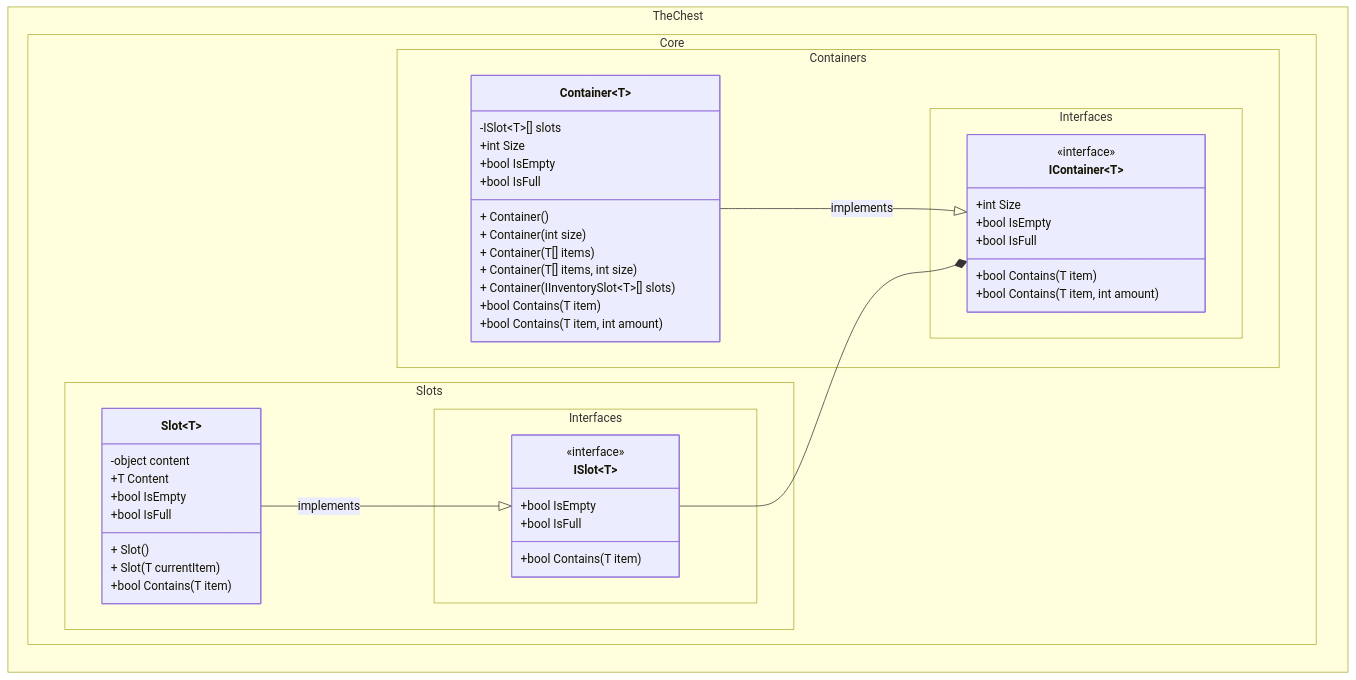
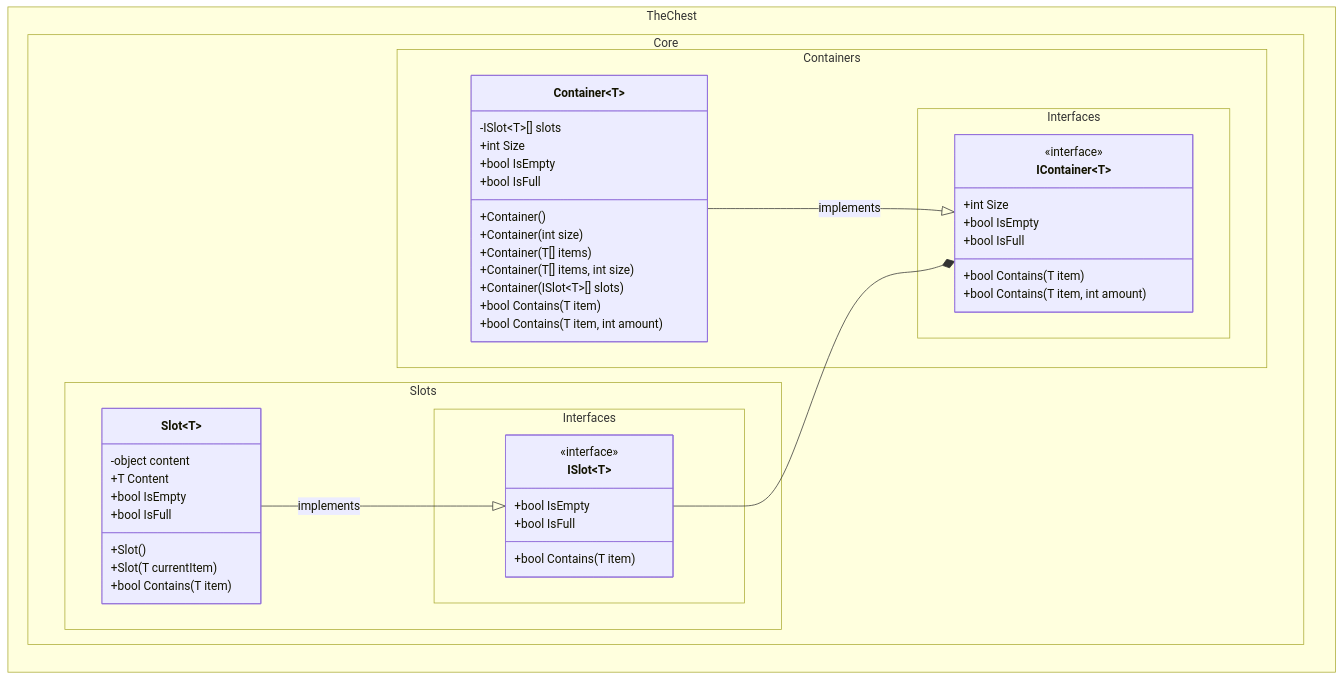
One commit to The-Chest/TheChest.Core changed the first of 3 diagrams in docs/class_diagram.md. Above: the diagram before and after it, drawn with Mermaid. The commit also changed other lines of this file and 1 other file, not shown here.

Commit message:
Adds StackContainer containers

````diff
--- a/docs/class_diagram.md
+++ b/docs/class_diagram.md
@@ -9,66 +9,66 @@
 ```mermaid
 ---
 config:
   theme: mc
   look: classic
   class:
     hideEmptyMembersBox: true
 ---
 classDiagram
 direction BT
 	namespace TheChest.Core.Containers.Interfaces {
         class IContainer~T~ {
 	        +int Size
 	        +bool IsEmpty
 	        +bool IsFull
 	        +bool Contains(T item)
 			+bool Contains(T item, int amount)
         }
 	}
 	namespace TheChest.Core.Slots.Interfaces {
         class ISlot~T~ {
 	        +bool IsEmpty
 	        +bool IsFull
 	        +bool Contains(T item)
         }
 	}
 	namespace TheChest.Core.Containers {
         class Container~T~ {
 			-ISlot~T~[] slots
 
 	        +int Size
 	        +bool IsEmpty
 	        +bool IsFull
 
-			+ Container()
-			+ Container(int size)
-			+ Container(T[] items)
-			+ Container(T[] items, int size)
-			+ Container(IInventorySlot~T~[] slots)
+			+Container()
+			+Container(int size)
+			+Container(T[] items)
+			+Container(T[] items, int size)
+			+Container(ISlot~T~[] slots)
 
 	        +bool Contains(T item)
 			+bool Contains(T item, int amount)
         }
 	}
 	namespace TheChest.Core.Slots {
         class Slot~T~ {
 			-object content
 			+T Content
 
-			+ Slot()
-			+ Slot(T currentItem)
+			+Slot()
+			+Slot(T currentItem)
 
 			+bool IsEmpty
 			+bool IsFull
 
 			+bool Contains(T item)
         }
 	}
 
 	<<interface>> IContainer
 	<<interface>> ISlot
 
     Container --|> IContainer : implements
     ISlot --* IContainer
     Slot --|> ISlot : implements
 ```
````
